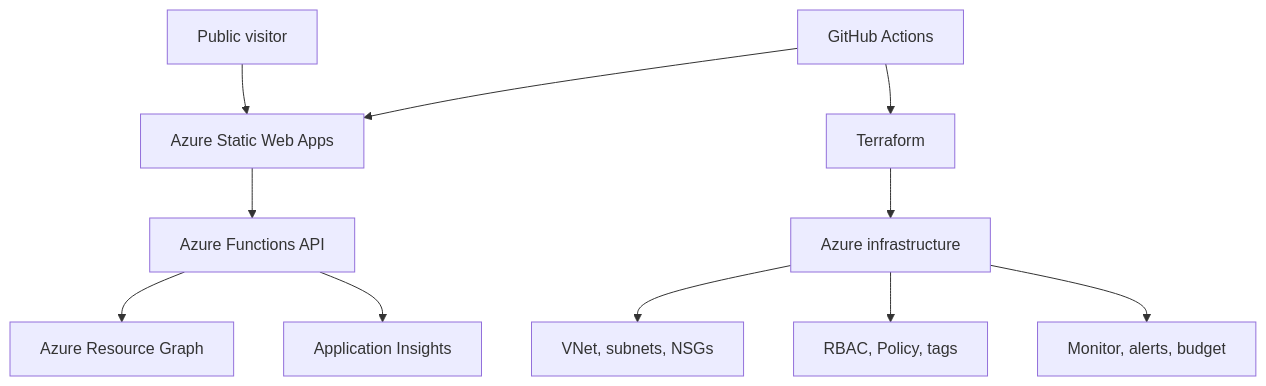
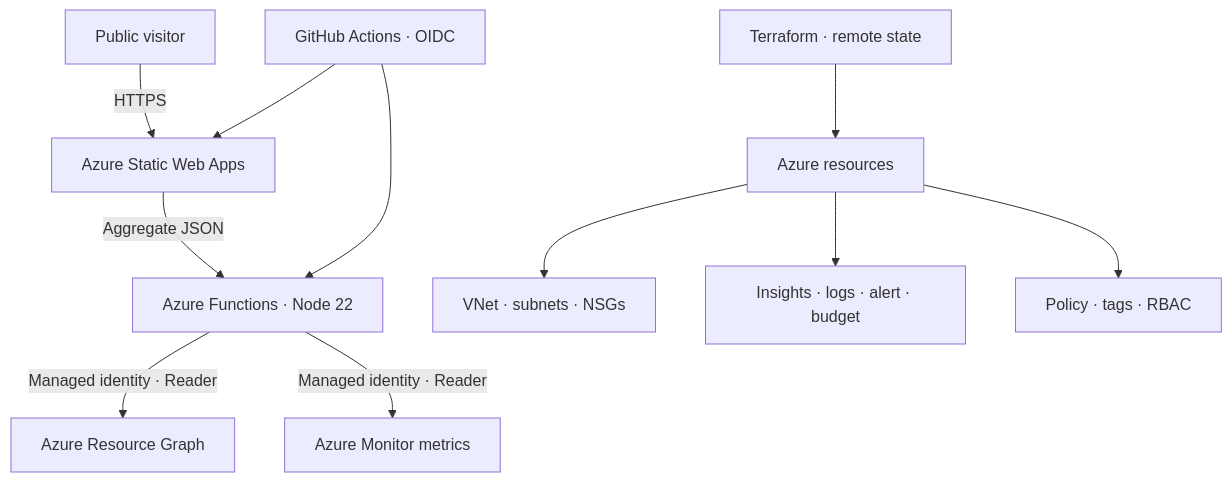
One commit to jcheng01/azure-cloud-ops changed the diagram in README.md. Above: the diagram before and after it, drawn with Mermaid. The commit also changed other lines of this file and 4 other files, not shown here.

Commit message:
Document architecture operations and troubleshooting

````diff
--- a/README.md
+++ b/README.md
@@ -13,13 +27,13 @@
 ```mermaid
 flowchart TD
-    U["Public visitor"] --> SWA["Azure Static Web Apps"]
-    SWA --> API["Azure Functions API"]
-    API --> RG["Azure Resource Graph"]
-    API --> MON["Application Insights"]
-    TF["Terraform"] --> INFRA["Azure infrastructure"]
-    GH["GitHub Actions"] --> SWA
-    GH --> TF
-    INFRA --> NET["VNet, subnets, NSGs"]
-    INFRA --> GOV["RBAC, Policy, tags"]
-    INFRA --> OPS["Monitor, alerts, budget"]
+    Visitor["Public visitor"] -->|HTTPS| SWA["Azure Static Web Apps"]
+    SWA -->|Aggregate JSON| API["Azure Functions · Node 22"]
+    API -->|Managed identity · Reader| ARG["Azure Resource Graph"]
+    API -->|Managed identity · Reader| MON["Azure Monitor metrics"]
+    TF["Terraform · remote state"] --> Azure["Azure resources"]
+    GH["GitHub Actions · OIDC"] --> SWA
+    GH --> API
+    Azure --> NET["VNet · subnets · NSGs"]
+    Azure --> OPS["Insights · logs · alert · budget"]
+    Azure --> GOV["Policy · tags · RBAC"]
 ```
````
